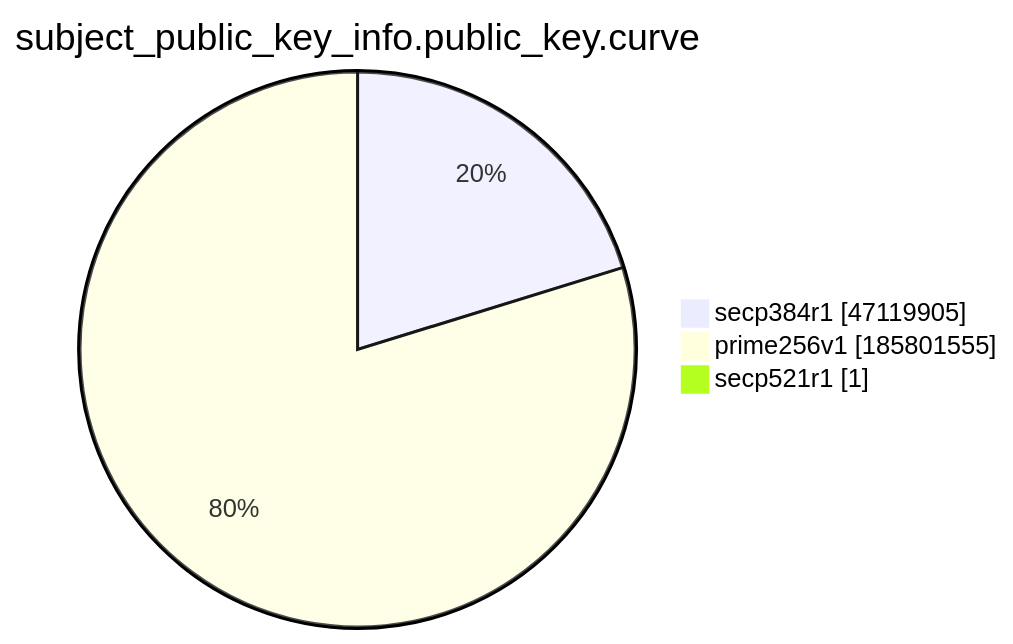
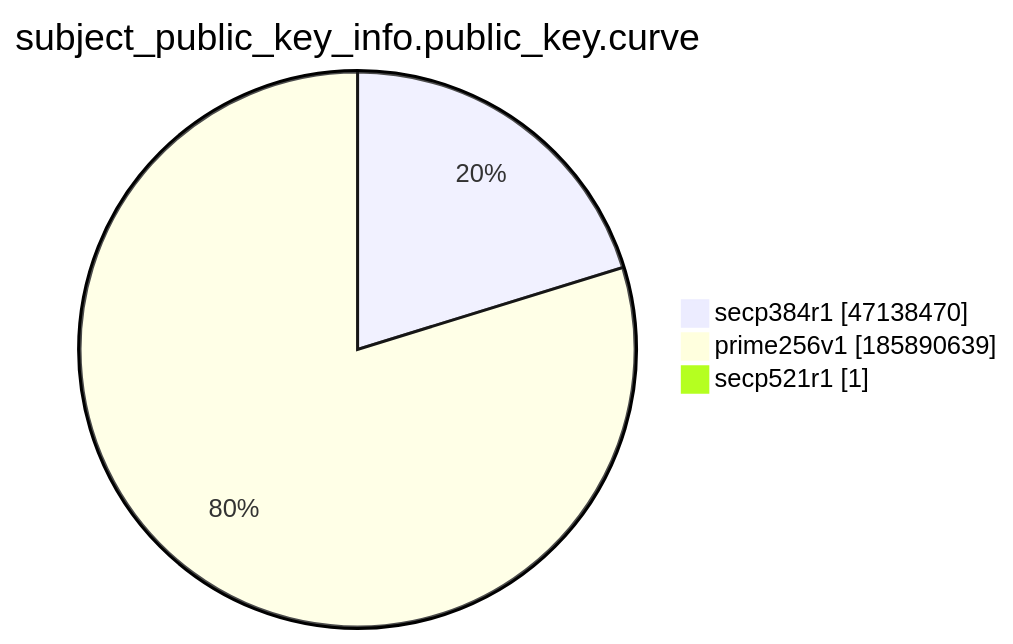
One commit to christiankrug/ctmonitor_visualization changed the ninth of 15 diagrams in xenon2022/README.md. Above: the diagram before and after it, drawn with Mermaid. The commit also changed other lines of this file, not shown here.

````diff
--- a/xenon2022/README.md
+++ b/xenon2022/README.md
@@ -2874,7 +2874,7 @@
 ```mermaid
 pie showData
 title subject_public_key_info.public_key.curve
-"secp384r1" :47119905
-"prime256v1" :185801555
+"secp384r1" :47138470
+"prime256v1" :185890639
 "secp521r1" :1
 ```
````
